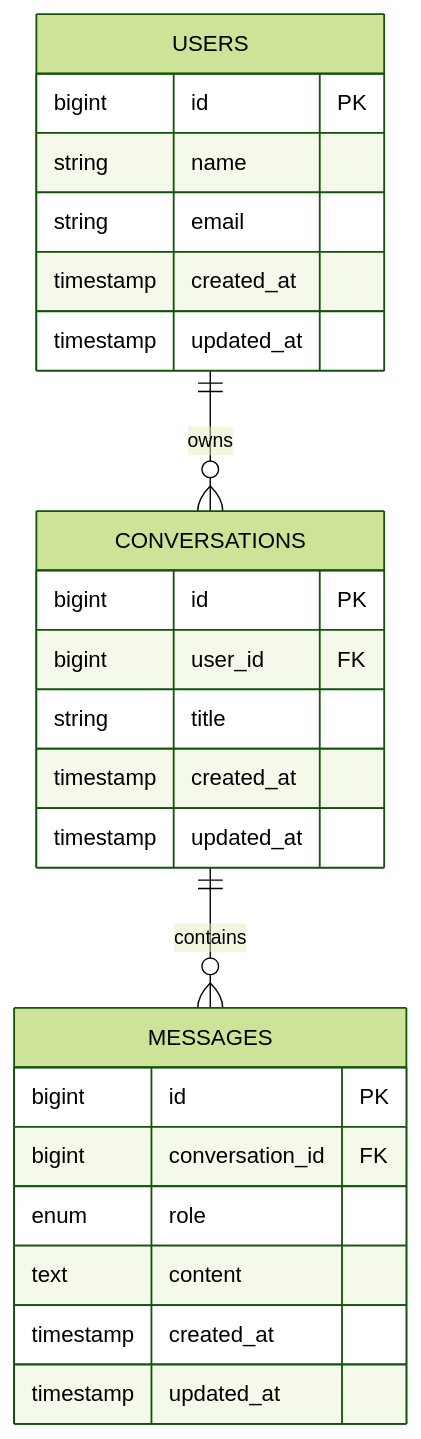
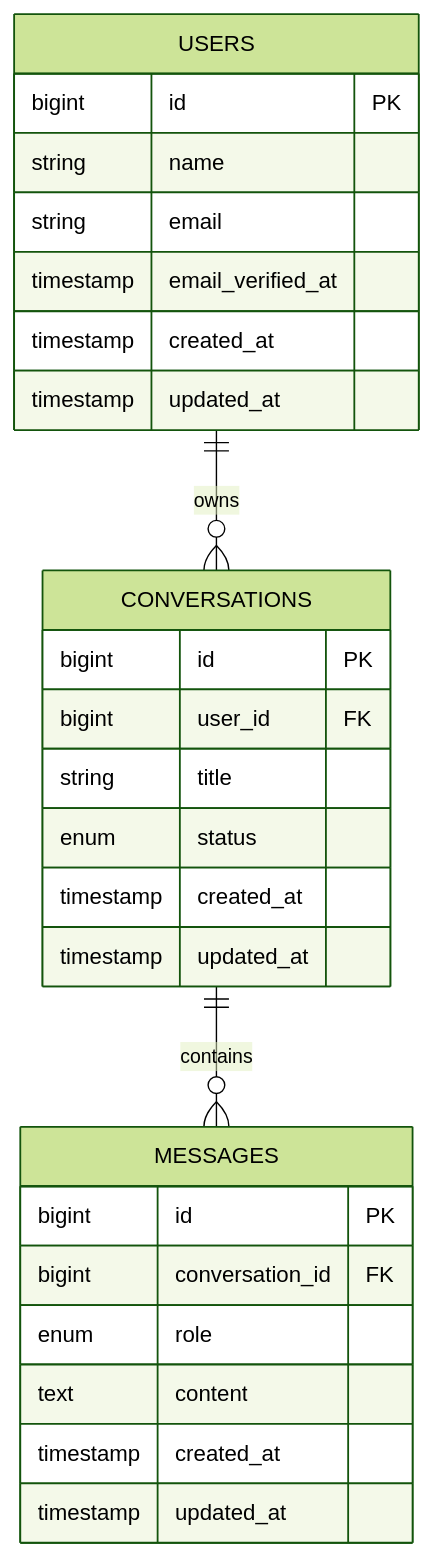
One commit to siimliimand/laravel-assistant changed the eighth of 8 diagrams in .qoder/repowiki/en/content/Frontend Development/Chat Interface System.md. Above: the diagram before and after it, drawn with Mermaid (forest theme). The commit also changed other lines of this file and 5 other files, not shown here.

````diff
--- a/.qoder/repowiki/en/content/Frontend Development/Chat Interface System.md
+++ b/.qoder/repowiki/en/content/Frontend Development/Chat Interface System.md
@@ -478,27 +500,29 @@
 ```mermaid
 erDiagram
+USERS {
+bigint id PK
+string name
+string email
+timestamp email_verified_at
+timestamp created_at
+timestamp updated_at
+}
 CONVERSATIONS {
 bigint id PK
 bigint user_id FK
 string title
+enum status
 timestamp created_at
 timestamp updated_at
 }
 MESSAGES {
 bigint id PK
 bigint conversation_id FK
 enum role
 text content
 timestamp created_at
 timestamp updated_at
 }
-USERS {
-bigint id PK
-string name
-string email
-timestamp created_at
-timestamp updated_at
-}
+USERS ||--o{ CONVERSATIONS : owns
 CONVERSATIONS ||--o{ MESSAGES : contains
-USERS ||--o{ CONVERSATIONS : owns
 ```
````
